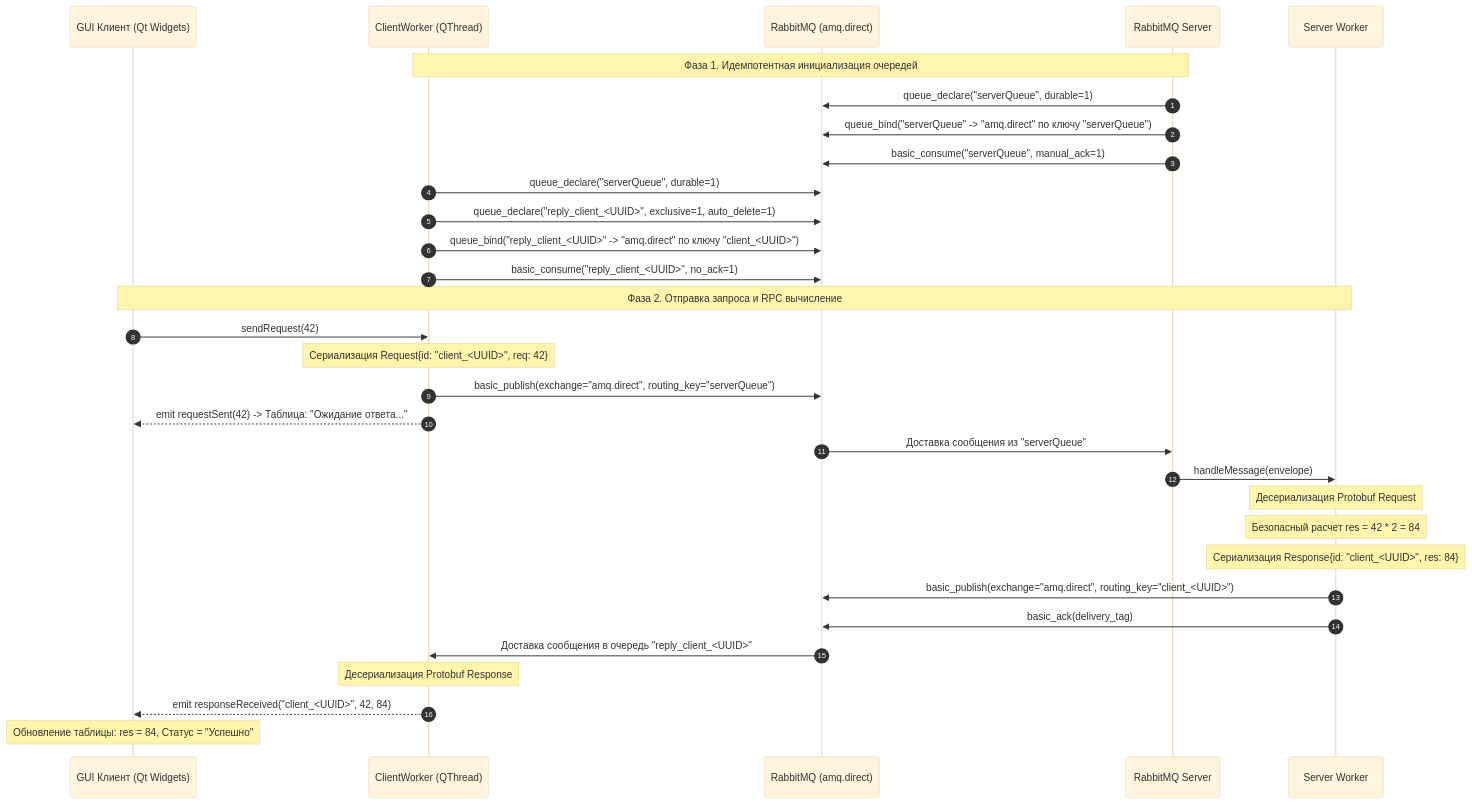
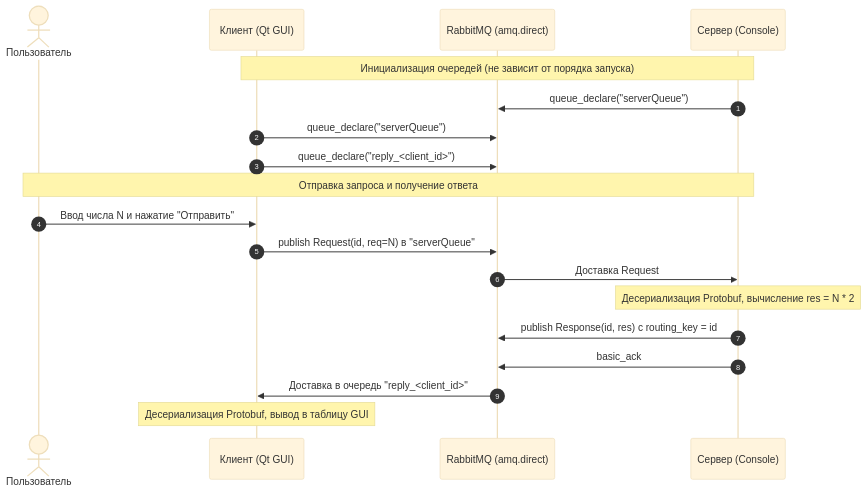
One commit to MuhachevaPolina/rabbitmq-qt-client-server changed the diagram in README.md. Above: the diagram before and after it, drawn with Mermaid (base theme). The commit also changed other lines of this file and 16 other files, not shown here.

````diff
--- a/README.md
+++ b/README.md
@@ -109,38 +13,23 @@
 ```mermaid
 sequenceDiagram
     autonumber
-    participant GUI as GUI Клиент (Qt Widgets)
-    participant CWorker as ClientWorker (QThread)
+    actor User as Пользователь
+    participant Client as Клиент (Qt GUI)
     participant Broker as RabbitMQ (amq.direct)
-    participant SServer as RabbitMQ Server
-    participant SWorker as Server Worker
+    participant Server as Сервер (Console)
 
-    Note over CWorker,SServer: Фаза 1. Идемпотентная инициализация очередей
-    SServer->>Broker: queue_declare("serverQueue", durable=1)
-    SServer->>Broker: queue_bind("serverQueue" -> "amq.direct" по ключу "serverQueue")
-    SServer->>Broker: basic_consume("serverQueue", manual_ack=1)
-    
-    CWorker->>Broker: queue_declare("serverQueue", durable=1)
-    CWorker->>Broker: queue_declare("reply_client_<UUID>", exclusive=1, auto_delete=1)
-    CWorker->>Broker: queue_bind("reply_client_<UUID>" -> "amq.direct" по ключу "client_<UUID>")
-    CWorker->>Broker: basic_consume("reply_client_<UUID>", no_ack=1)
+    Note over Client,Server: Инициализация очередей (не зависит от порядка запуска)
+    Server->>Broker: queue_declare("serverQueue")
+    Client->>Broker: queue_declare("serverQueue")
+    Client->>Broker: queue_declare("reply_<client_id>")
 
-    Note over GUI,SWorker: Фаза 2. Отправка запроса и RPC вычисление
-    GUI->>CWorker: sendRequest(42)
-    Note over CWorker: Сериализация Request{id: "client_<UUID>", req: 42}
-    CWorker->>Broker: basic_publish(exchange="amq.direct", routing_key="serverQueue")
-    CWorker-->>GUI: emit requestSent(42) -> Таблица: "Ожидание ответа..."
-
-    Broker->>SServer: Доставка сообщения из "serverQueue"
-    SServer->>SWorker: handleMessage(envelope)
-    Note over SWorker: Десериализация Protobuf Request
-    Note over SWorker: Безопасный расчет res = 42 * 2 = 84
-    Note over SWorker: Сериализация Response{id: "client_<UUID>", res: 84}
-    SWorker->>Broker: basic_publish(exchange="amq.direct", routing_key="client_<UUID>")
-    SWorker->>Broker: basic_ack(delivery_tag)
-
-    Broker->>CWorker: Доставка сообщения в очередь "reply_client_<UUID>"
-    Note over CWorker: Десериализация Protobuf Response
-    CWorker-->>GUI: emit responseReceived("client_<UUID>", 42, 84)
-    Note over GUI: Обновление таблицы: res = 84, Статус = "Успешно"
+    Note over User,Server: Отправка запроса и получение ответа
+    User->>Client: Ввод числа N и нажатие "Отправить"
+    Client->>Broker: publish Request(id, req=N) в "serverQueue"
+    Broker->>Server: Доставка Request
+    Note over Server: Десериализация Protobuf, вычисление res = N * 2
+    Server->>Broker: publish Response(id, res) с routing_key = id
+    Server->>Broker: basic_ack
+    Broker->>Client: Доставка в очередь "reply_<client_id>"
+    Note over Client: Десериализация Protobuf, вывод в таблицу GUI
 ```
````
